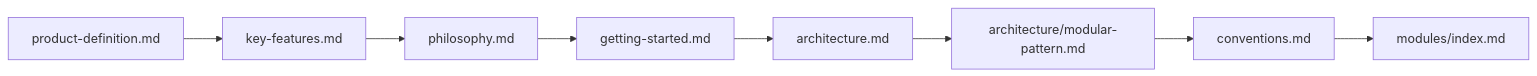
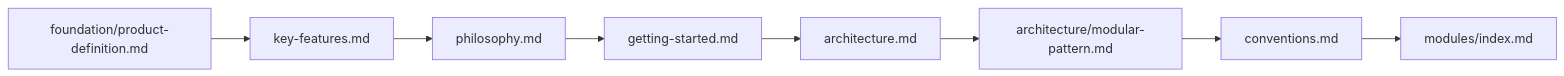
Before and after one commit to reasvyn/internara: the first of 2 diagrams in docs/index.md, drawn with Mermaid. The commit also changed other lines of this file and 111 other files, not shown here.

````diff
--- a/docs/index.md
+++ b/docs/index.md
@@ -161,10 +164,10 @@
 ```mermaid
 flowchart LR
-    A[product-definition.md] --> B[key-features.md]
+    A[foundation/product-definition.md] --> B[key-features.md]
     B --> C[philosophy.md]
     C --> D[getting-started.md]
     D --> E[architecture.md]
     E --> F[architecture/modular-pattern.md]
     F --> G[conventions.md]
     G --> H[modules/index.md]
 ```
````
